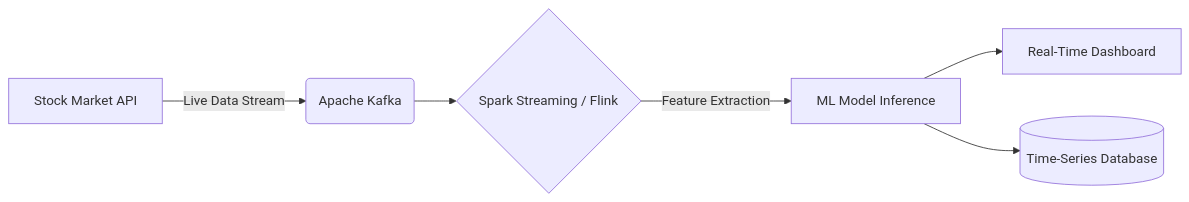
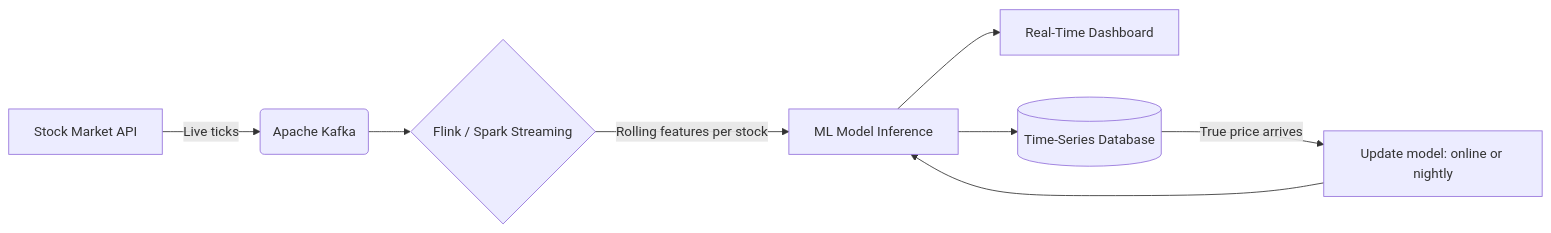
The third of 20 diagrams in 04_data_science/DATA_SCIENCE_ANSWERS.md (Web3Dev300/ai-journey), drawn with Mermaid before and after one commit. The commit also changed other lines of this file and 10 other files, not shown here.

````diff
--- a/04_data_science/DATA_SCIENCE_ANSWERS.md
+++ b/04_data_science/DATA_SCIENCE_ANSWERS.md
@@ -128,8 +199,10 @@
 ```mermaid
 flowchart LR
-    A[Stock Market API] -->|Live Data Stream| B(Apache Kafka)
-    B --> C{Spark Streaming / Flink}
-    C -->|Feature Extraction| D[ML Model Inference]
+    A[Stock Market API] -->|Live ticks| B(Apache Kafka)
+    B --> C{Flink / Spark Streaming}
+    C -->|Rolling features per stock| D[ML Model Inference]
     D --> E[Real-Time Dashboard]
     D --> F[(Time-Series Database)]
+    F -->|True price arrives| G["Update model: online or nightly"]
+    G --> D
 ```
````
